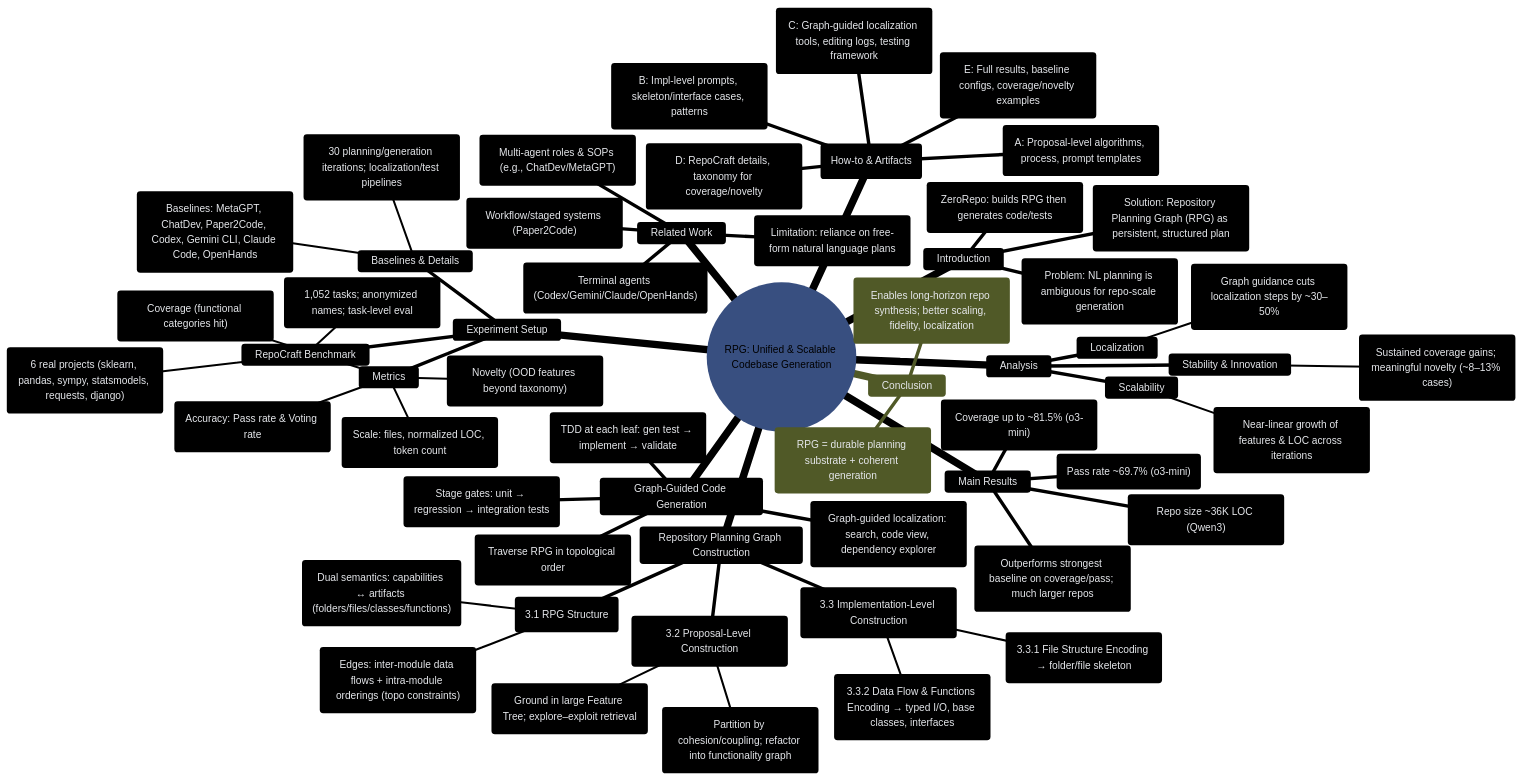
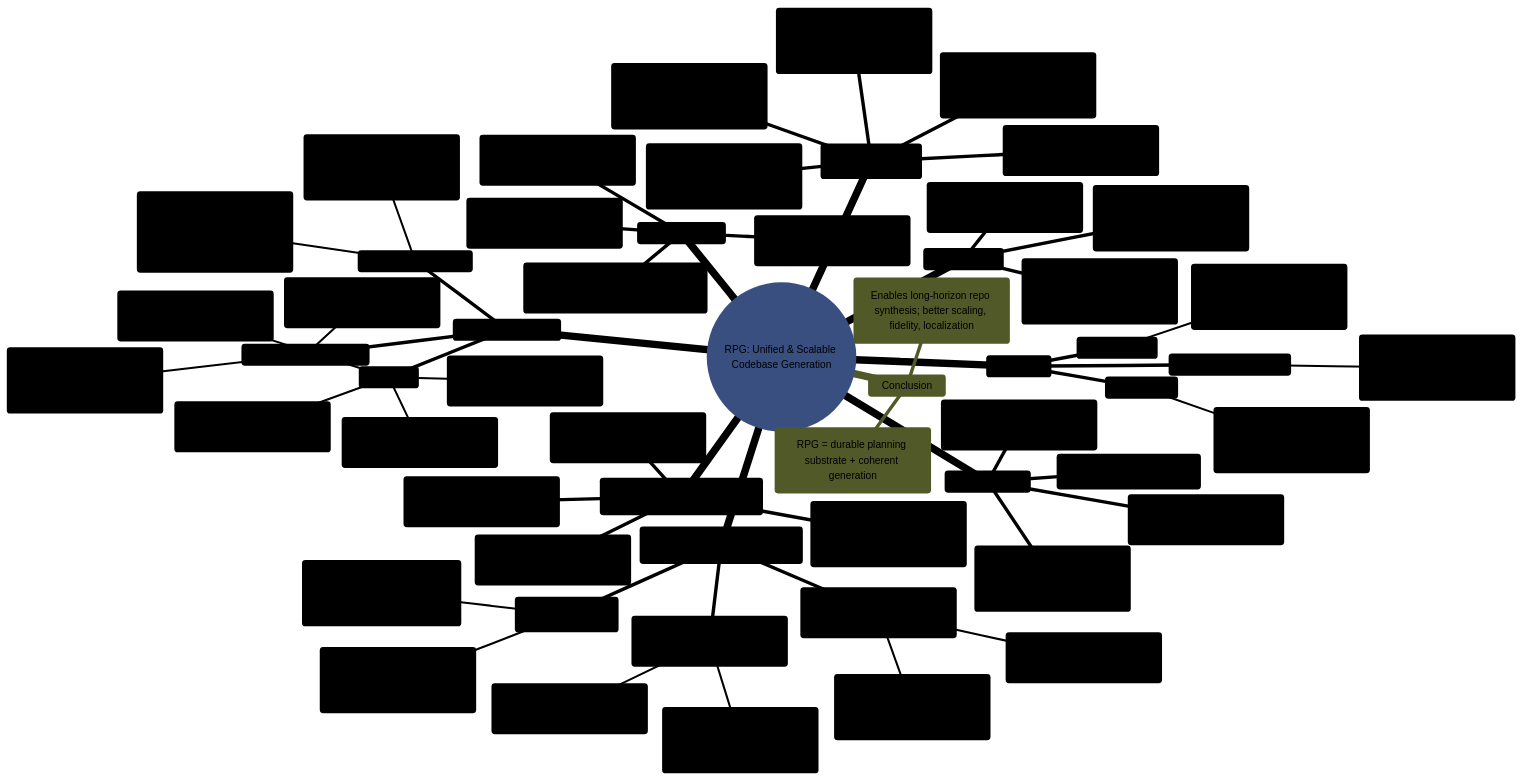
Before and after one commit to AcidicSoil/RPG: the fourth of 4 diagrams in README.md, drawn with Mermaid.

````diff
--- a/README.md
+++ b/README.md
@@ -195,80 +195,80 @@
 ```mermaid
 %%{init: {
   "theme": "base",
   "themeVariables": {
     "darkMode": true,
     "background": "#0b1220",
     "textColor": "#e5e7eb",
     "primaryColor": "#111827",
-    "primaryTextColor": "#e5e7eb",
+    "primaryTextColor": "#000000",
     "secondaryColor": "#0f172a",
     "secondaryTextColor": "#e5e7eb",
     "tertiaryColor": "#0b1220",
     "lineColor": "#94a3b8",
     "edgeLabelBackground": "#0b1220",
     "fontFamily": "Inter, ui-sans-serif, system-ui, Segoe UI, Arial",
     "fontSize": "15px"
   },
   "themeCSS": ".mindmap-node rect, .mindmap-node circle, .mindmap-node path{stroke:#334155} .edgePaths path{stroke:#94a3b8}"
 }}%%
 mindmap
   root((RPG: Unified & Scalable Codebase Generation))
     Introduction
       ::icon(fa fa-lightbulb)
       ("Problem: NL planning is ambiguous for repo-scale generation")
       ("Solution: Repository Planning Graph (RPG) as persistent, structured plan")
       ("ZeroRepo: builds RPG then generates code/tests")
     Related Work
       ("Multi-agent roles & SOPs (e.g., ChatDev/MetaGPT)")
       ("Workflow/staged systems (Paper2Code)")
       ("Terminal agents (Codex/Gemini/Claude/OpenHands)")
       ("Limitation: reliance on free-form natural language plans")
     Repository Planning Graph Construction
       ("3.1 RPG Structure")
         ("Dual semantics: capabilities ↔ artifacts (folders/files/classes/functions)")
         ("Edges: inter-module data flows + intra-module orderings (topo constraints)")
       ("3.2 Proposal-Level Construction")
         ("Ground in large Feature Tree; explore–exploit retrieval")
         ("Partition by cohesion/coupling; refactor into functionality graph")
       ("3.3 Implementation-Level Construction")
         ("3.3.1 File Structure Encoding → folder/file skeleton")
         ("3.3.2 Data Flow & Functions Encoding → typed I/O, base classes, interfaces")
     Graph-Guided Code Generation
       ("Traverse RPG in topological order")
       ("TDD at each leaf: gen test → implement → validate")
       ("Graph-guided localization: search, code view, dependency explorer")
       ("Stage gates: unit → regression → integration tests")
     Experiment Setup
       RepoCraft Benchmark
         ("6 real projects (sklearn, pandas, sympy, statsmodels, requests, django)")
         ("1,052 tasks; anonymized names; task-level eval")
       Metrics
         ("Coverage (functional categories hit)")
         ("Novelty (OOD features beyond taxonomy)")
         ("Accuracy: Pass rate & Voting rate")
         ("Scale: files, normalized LOC, token count")
       Baselines & Details
         ("Baselines: MetaGPT, ChatDev, Paper2Code, Codex, Gemini CLI, Claude Code, OpenHands")
         ("30 planning/generation iterations; localization/test pipelines")
     Main Results
       ("Coverage up to ~81.5% (o3-mini)")
       ("Pass rate ~69.7% (o3-mini)")
       ("Repo size ~36K LOC (Qwen3)")
       ("Outperforms strongest baseline on coverage/pass; much larger repos")
     Analysis
       Scalability
         ("Near-linear growth of features & LOC across iterations")
       Stability & Innovation
         ("Sustained coverage gains; meaningful novelty (~8–13% cases)")
       Localization
         ("Graph guidance cuts localization steps by ~30–50%")
     Conclusion
       ("RPG = durable planning substrate + coherent generation")
       ("Enables long-horizon repo synthesis; better scaling, fidelity, localization")
     Appendices (How-to & Artifacts)
       ("A: Proposal-level algorithms, process, prompt templates")
       ("B: Impl-level prompts, skeleton/interface cases, patterns")
       ("C: Graph-guided localization tools, editing logs, testing framework")
       ("D: RepoCraft details, taxonomy for coverage/novelty")
       ("E: Full results, baseline configs, coverage/novelty examples")
 ```
````
